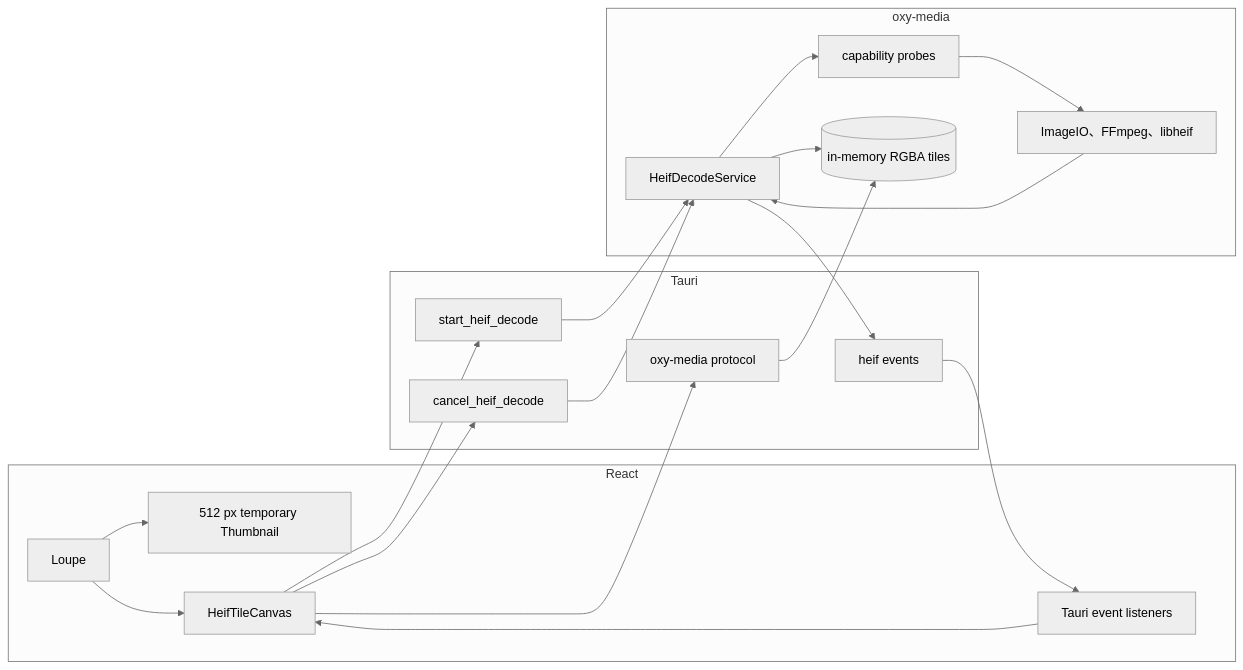
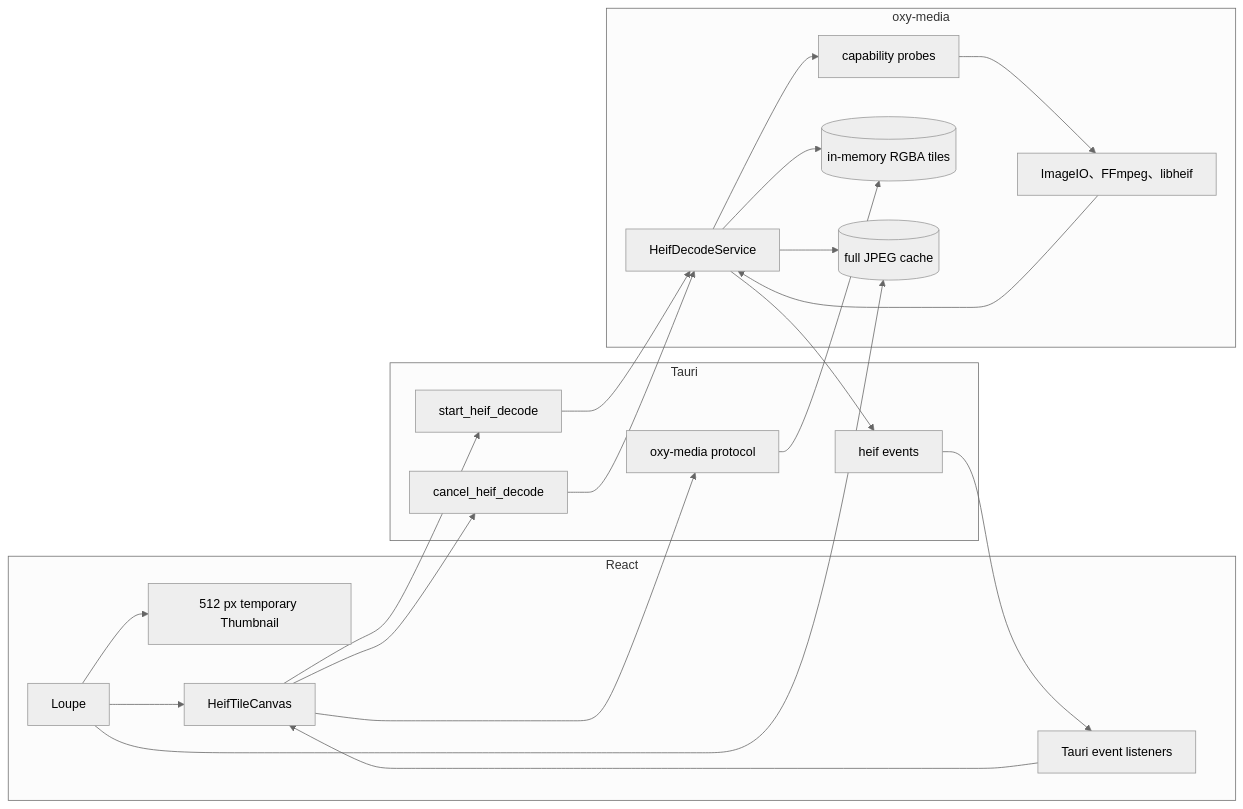
The first of 4 diagrams in docs/architecture/04-heif-tile-session.md (oxygenkun/oxyviewer), drawn with Mermaid (neutral theme) before and after one commit. The commit also changed other lines of this file and 23 other files, not shown here.

First line of the commit message:
perf(heif): load loupe from source-derived JPEG

````diff
--- a/docs/architecture/04-heif-tile-session.md
+++ b/docs/architecture/04-heif-tile-session.md
@@ -24,39 +33,42 @@
 ```mermaid
 flowchart LR
     subgraph frontend["React"]
         loupe["Loupe"]
         basePreview["512 px temporary Thumbnail"]
         tileCanvas["HeifTileCanvas"]
         eventListener["Tauri event listeners"]
     end
 
     subgraph tauriLayer["Tauri"]
         startCommand["start_heif_decode"]
         cancelCommand["cancel_heif_decode"]
         eventBus["heif events"]
         protocol["oxy-media protocol"]
     end
 
     subgraph mediaLayer["oxy-media"]
         service["HeifDecodeService"]
         backendProbe["capability probes"]
         backend["ImageIO、FFmpeg、libheif"]
         tileStore[("in-memory RGBA tiles")]
+        fullCache[("full JPEG cache")]
     end
 
     loupe --> basePreview
     loupe --> tileCanvas
     tileCanvas --> startCommand
     tileCanvas --> cancelCommand
     startCommand --> service
     cancelCommand --> service
     service --> backendProbe
     backendProbe --> backend
     backend --> service
     service --> tileStore
+    service --> fullCache
     service --> eventBus
     eventBus --> eventListener
     eventListener --> tileCanvas
     tileCanvas --> protocol
     protocol --> tileStore
+    loupe --> fullCache
 ```
````
